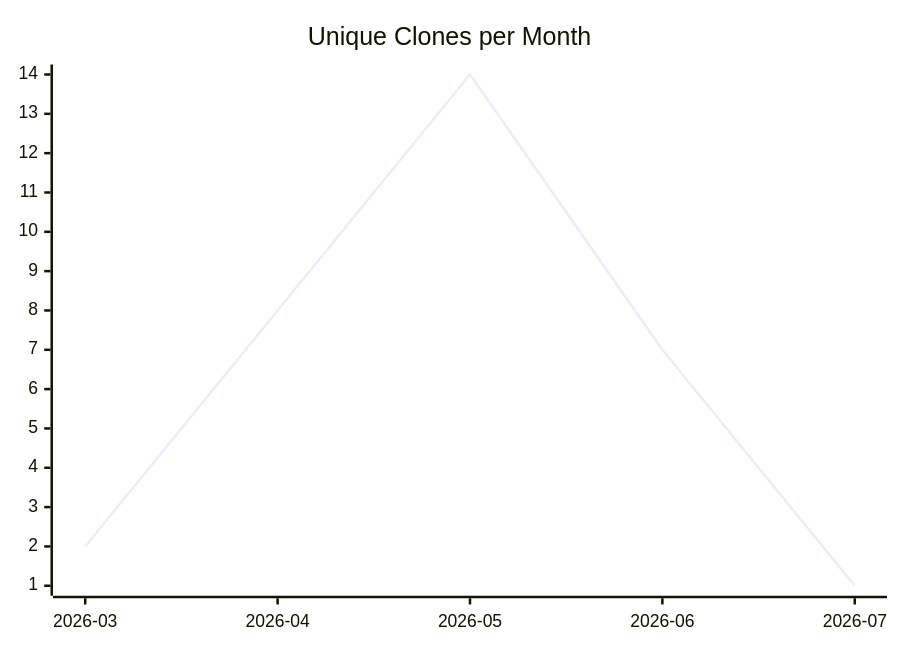
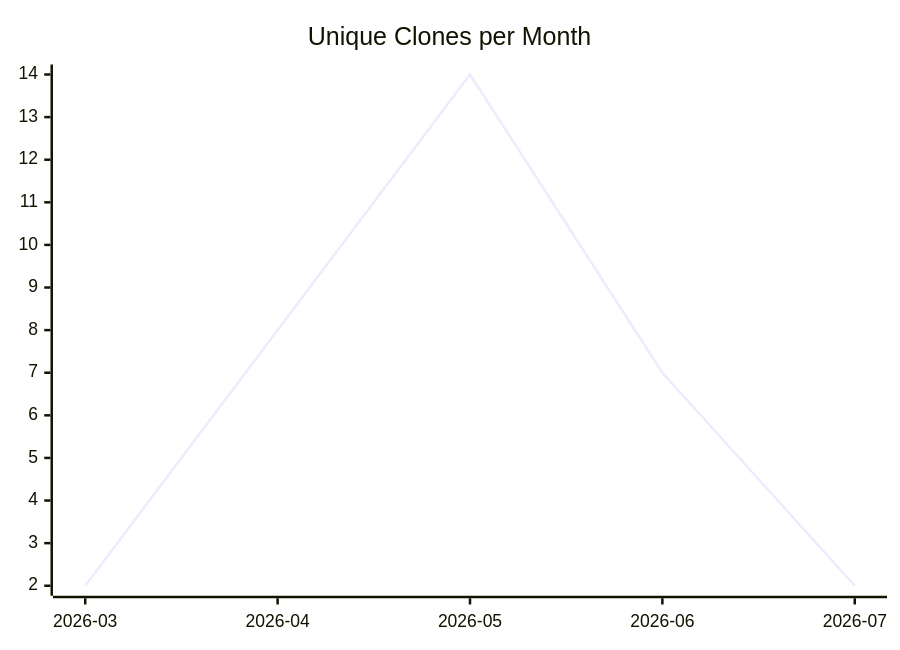
One commit to justdavis-family/github-analytics-data changed the third of 3 diagrams in karlmdavis/hello-rust-actix/README.md. Above: the diagram before and after it, drawn with Mermaid. The commit also changed other lines of this file and 182 other files, not shown here.

````diff
--- a/karlmdavis/hello-rust-actix/README.md
+++ b/karlmdavis/hello-rust-actix/README.md
@@ -19,6 +19,6 @@
 ```mermaid
 xychart-beta
   title "Unique Clones per Month"
   x-axis ["2026-03", "2026-04", "2026-05", "2026-06", "2026-07"]
-  line [2, 8, 14, 7, 1]
+  line [2, 8, 14, 7, 2]
 ```
````
